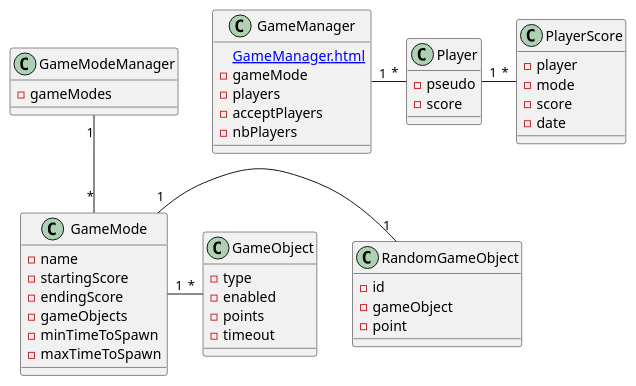
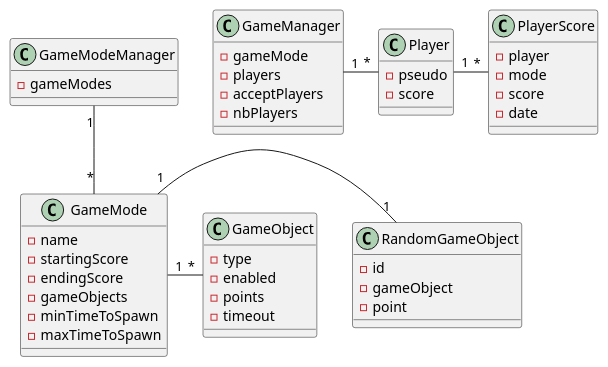
One commit to heig-vd-gen2017/projet changed the diagram in Rapport/diagrammes/DomaineFinalClient.puml. Above: the diagram before and after it, drawn with PlantUML.

Commit message:
Changes in diagrams

```diff
--- a/Rapport/diagrammes/DomaineFinalClient.puml
+++ b/Rapport/diagrammes/DomaineFinalClient.puml
@@ -1,53 +1,52 @@
 @startuml
 class GameManager {
-    [[GameManager.html]]
     -gameMode
     -players
     -acceptPlayers
     -nbPlayers
 }
 
 class PlayerScore {
     -player
     -mode
     -score
     -date
 }
 
 class Player {
     -pseudo
     -score
 }
 
 class GameMode {
     -name
     -startingScore
     -endingScore
     -gameObjects
     -minTimeToSpawn
     -maxTimeToSpawn
 }
 
 class GameModeManager {
     -gameModes
 }
 
 class GameObject {
     -type
     -enabled
     -points
     -timeout
 }
 
 class RandomGameObject {
     -id
     -gameObject
     -point
 }
 
 GameMode "1" - "1" RandomGameObject
 GameMode "1" - "*" GameObject
 GameModeManager "1" -- "*" GameMode
 Player "1" - "*" PlayerScore
 GameManager "1" - "*" Player
 @enduml
```
